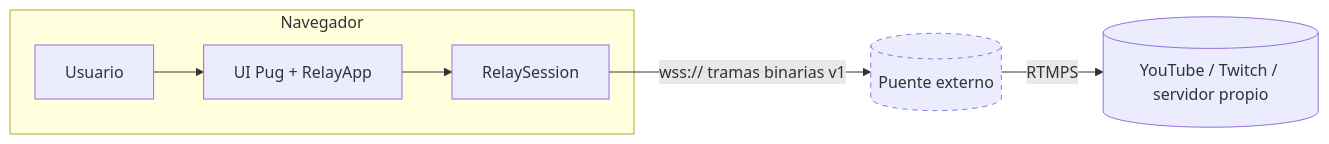
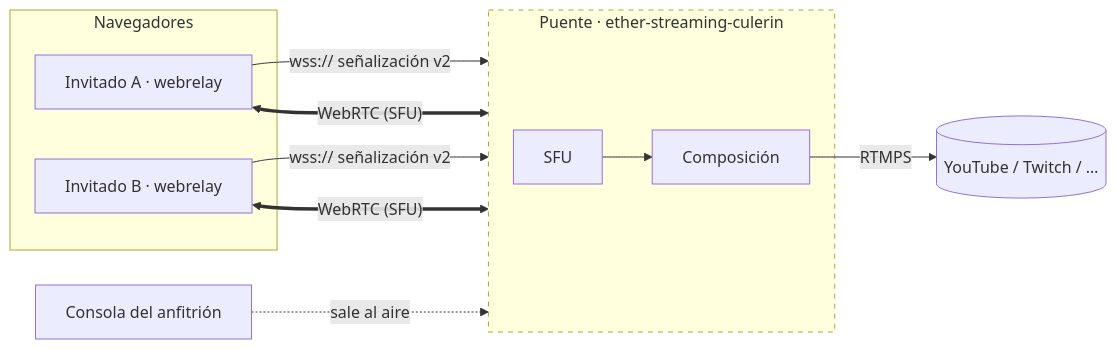
The first of 4 diagrams in docs/architecture.md (rafex/ether-webrelay), drawn with Mermaid before and after one commit. The commit also changed other lines of this file and 21 other files, not shown here.

````diff
--- a/docs/architecture.md
+++ b/docs/architecture.md
@@ -14,10 +16,17 @@
 ```mermaid
 flowchart LR
-    subgraph Navegador
-        U[Usuario] --> UI[UI Pug + RelayApp]
-        UI --> APP[RelaySession]
+    subgraph Navegadores
+        A[Invitado A · webrelay]
+        B[Invitado B · webrelay]
     end
-    APP -- "wss:// tramas binarias v1" --> BR[(Puente externo)]
-    BR -- RTMPS --> ING[(YouTube / Twitch / servidor propio)]
+    A -- "wss:// señalización v2" --> BR
+    B -- "wss:// señalización v2" --> BR
+    A <== "WebRTC (SFU)" ==> BR
+    B <== "WebRTC (SFU)" ==> BR
+    subgraph BR[Puente · ether-streaming-culerin]
+        SFU[SFU] --> MIX[Composición]
+    end
+    MIX -- RTMPS --> CH[(YouTube / Twitch / …)]
+    HOST[Consola del anfitrión] -. sale al aire .-> BR
     style BR stroke-dasharray: 5 5
 ```
````
